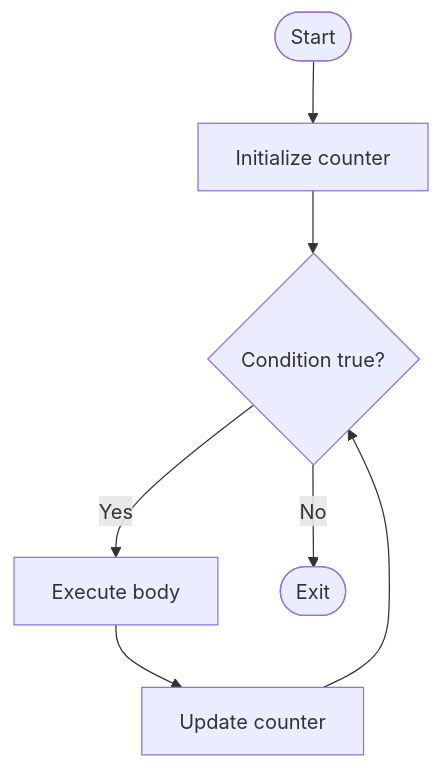
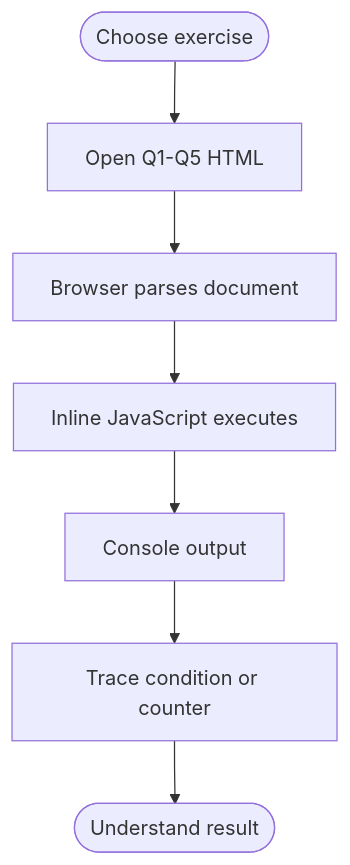
One commit to Brajesh31/Condition-and-Loops-in-JS-Assignment changed the second of 2 diagrams in README.md. Above: the diagram before and after it, drawn with Mermaid. The commit also changed other lines of this file, not shown here.

````diff
--- a/README.md
+++ b/README.md
@@ -160,9 +220,9 @@
 ```mermaid
 flowchart TD
-  A([Start]) --> B[Initialize counter]
-  B --> C{Condition true?}
-  C -->|Yes| D[Execute body]
-  D --> E[Update counter]
-  E --> C
-  C -->|No| F([Exit])
+  A([Choose exercise]) --> B[Open Q1-Q5 HTML]
+  B --> C[Browser parses document]
+  C --> D[Inline JavaScript executes]
+  D --> E[Console output]
+  E --> F[Trace condition or counter]
+  F --> G([Understand result])
 ```
````
